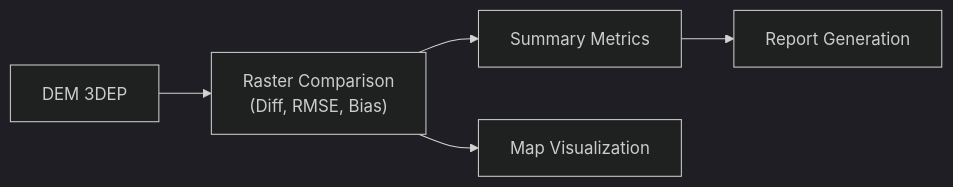
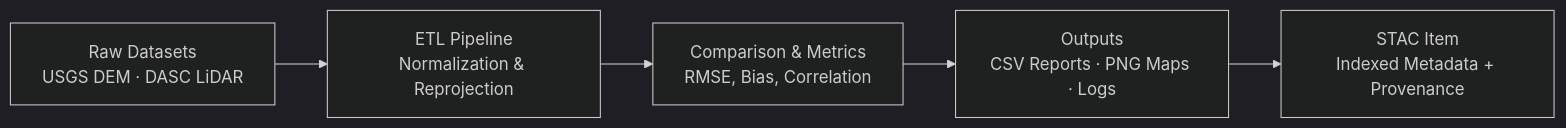
One commit to bartytime4life/Kansas-Frontier-Matrix changed the diagram in docs/templates/experiment.md. Above: the diagram before and after it, drawn with Mermaid (dark theme). The commit also changed other lines of this file, not shown here.

````diff
--- a/docs/templates/experiment.md
+++ b/docs/templates/experiment.md
@@ -122,7 +101,7 @@
 ```mermaid
-graph LR
-  A["DEM 3DEP"] --> B["Raster Comparison\n(Diff, RMSE, Bias)"]
-  B --> C["Summary Metrics"]
-  B --> D["Map Visualization"]
-  C --> E["Report Generation"]
+flowchart LR
+  A["Raw Datasets<br>USGS DEM · DASC LiDAR"] --> B["ETL Pipeline<br>Normalization & Reprojection"]
+  B --> C["Comparison & Metrics<br>RMSE, Bias, Correlation"]
+  C --> D["Outputs<br>CSV Reports · PNG Maps · Logs"]
+  D --> E["STAC Item<br>Indexed Metadata + Provenance"]
 ```
````
